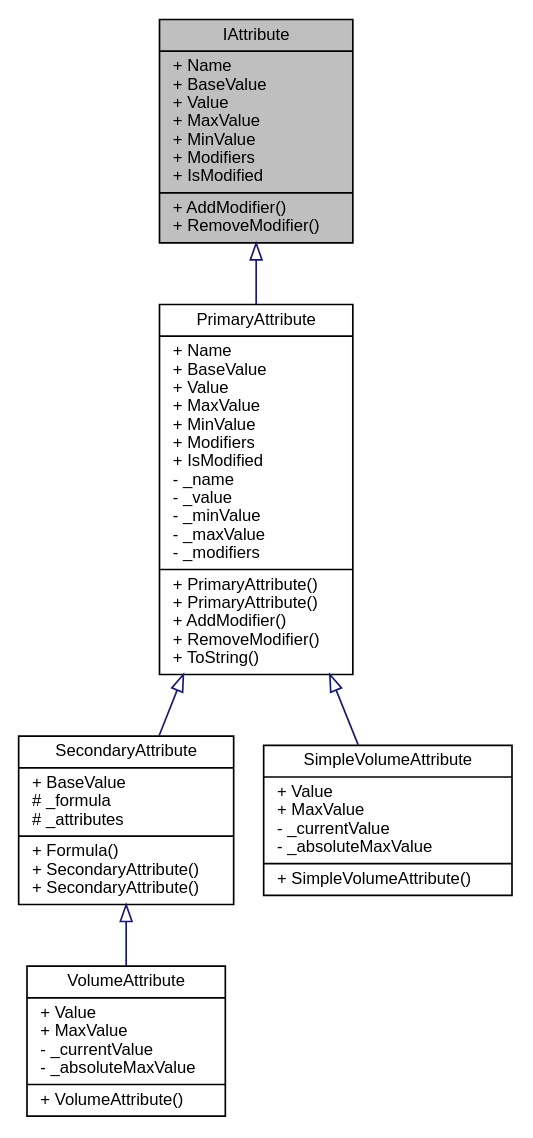
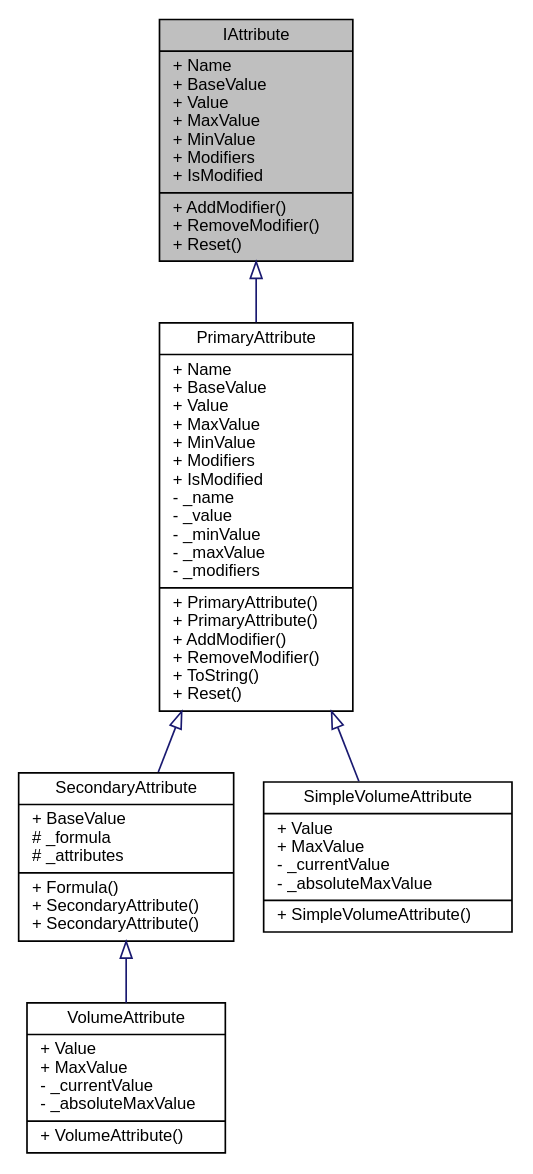
The diagram in d6/d29/interface_action_rpg_kit_1_1_character_1_1_attribute_1_1_i_attribute__inherit__graph.dot (PaulSchweizer/ActionRpgKit), drawn with Graphviz before and after one commit. The commit also changed 376 other files, not shown here.

```diff
--- a/d6/d29/interface_action_rpg_kit_1_1_character_1_1_attribute_1_1_i_attribute__inherit__graph.dot
+++ b/d6/d29/interface_action_rpg_kit_1_1_character_1_1_attribute_1_1_i_attribute__inherit__graph.dot
@@ -1,15 +1,15 @@
 digraph "IAttribute"
 {
  // INTERACTIVE_SVG=YES
   edge [fontname="Helvetica",fontsize="10",labelfontname="Helvetica",labelfontsize="10"];
   node [fontname="Helvetica",fontsize="10",shape=record];
-  Node1 [label="{IAttribute\n|+ Name\l+ BaseValue\l+ Value\l+ MaxValue\l+ MinValue\l+ Modifiers\l+ IsModified\l|+ AddModifier()\l+ RemoveModifier()\l}",height=0.2,width=0.4,color="black", fillcolor="grey75", style="filled" fontcolor="black"];
+  Node1 [label="{IAttribute\n|+ Name\l+ BaseValue\l+ Value\l+ MaxValue\l+ MinValue\l+ Modifiers\l+ IsModified\l|+ AddModifier()\l+ RemoveModifier()\l+ Reset()\l}",height=0.2,width=0.4,color="black", fillcolor="grey75", style="filled" fontcolor="black"];
   Node1 -> Node2 [dir="back",color="midnightblue",fontsize="10",style="solid",arrowtail="onormal",fontname="Helvetica"];
-  Node2 [label="{PrimaryAttribute\n|+ Name\l+ BaseValue\l+ Value\l+ MaxValue\l+ MinValue\l+ Modifiers\l+ IsModified\l- _name\l- _value\l- _minValue\l- _maxValue\l- _modifiers\l|+ PrimaryAttribute()\l+ PrimaryAttribute()\l+ AddModifier()\l+ RemoveModifier()\l+ ToString()\l}",height=0.2,width=0.4,color="black", fillcolor="white", style="filled",URL="$d5/ddc/class_action_rpg_kit_1_1_character_1_1_attribute_1_1_primary_attribute.xhtml",tooltip="Represents a simple float value. "];
+  Node2 [label="{PrimaryAttribute\n|+ Name\l+ BaseValue\l+ Value\l+ MaxValue\l+ MinValue\l+ Modifiers\l+ IsModified\l- _name\l- _value\l- _minValue\l- _maxValue\l- _modifiers\l|+ PrimaryAttribute()\l+ PrimaryAttribute()\l+ AddModifier()\l+ RemoveModifier()\l+ ToString()\l+ Reset()\l}",height=0.2,width=0.4,color="black", fillcolor="white", style="filled",URL="$d5/ddc/class_action_rpg_kit_1_1_character_1_1_attribute_1_1_primary_attribute.xhtml",tooltip="Represents a simple float value. "];
   Node2 -> Node3 [dir="back",color="midnightblue",fontsize="10",style="solid",arrowtail="onormal",fontname="Helvetica"];
   Node3 [label="{SecondaryAttribute\n|+ BaseValue\l# _formula\l# _attributes\l|+ Formula()\l+ SecondaryAttribute()\l+ SecondaryAttribute()\l}",height=0.2,width=0.4,color="black", fillcolor="white", style="filled",URL="$df/d43/class_action_rpg_kit_1_1_character_1_1_attribute_1_1_secondary_attribute.xhtml",tooltip="The Value is calculated through a given formula. "];
   Node3 -> Node4 [dir="back",color="midnightblue",fontsize="10",style="solid",arrowtail="onormal",fontname="Helvetica"];
   Node4 [label="{VolumeAttribute\n|+ Value\l+ MaxValue\l- _currentValue\l- _absoluteMaxValue\l|+ VolumeAttribute()\l}",height=0.2,width=0.4,color="black", fillcolor="white", style="filled",URL="$d6/ddf/class_action_rpg_kit_1_1_character_1_1_attribute_1_1_volume_attribute.xhtml",tooltip="Represents a volume of something, e.g. magic, life. The base value is derived through a formula and s..."];
   Node2 -> Node5 [dir="back",color="midnightblue",fontsize="10",style="solid",arrowtail="onormal",fontname="Helvetica"];
   Node5 [label="{SimpleVolumeAttribute\n|+ Value\l+ MaxValue\l- _currentValue\l- _absoluteMaxValue\l|+ SimpleVolumeAttribute()\l}",height=0.2,width=0.4,color="black", fillcolor="white", style="filled",URL="$db/d9c/class_action_rpg_kit_1_1_character_1_1_attribute_1_1_simple_volume_attribute.xhtml",tooltip="The base value is a simple float as opposed to a formula based. "];
 }
```
